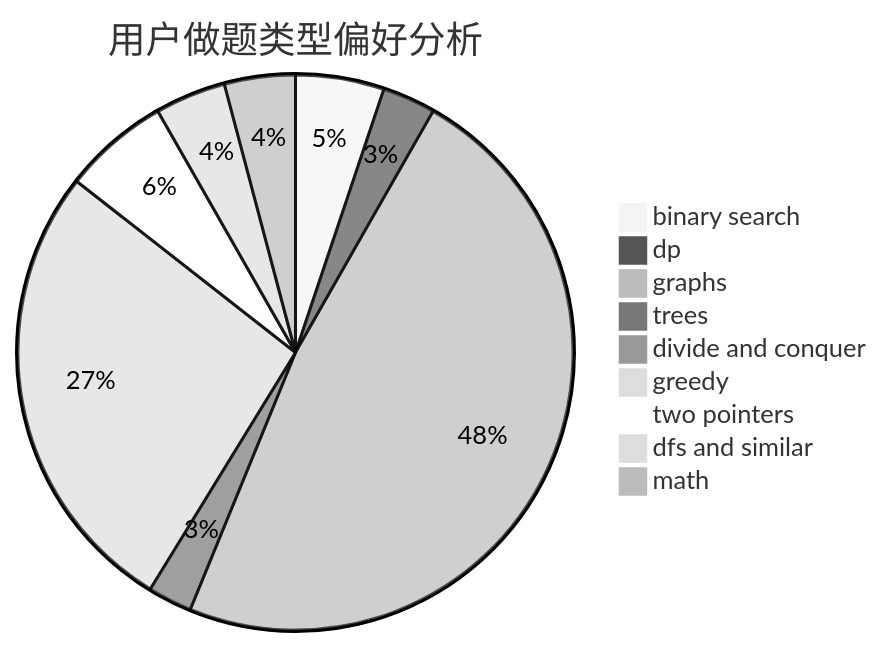
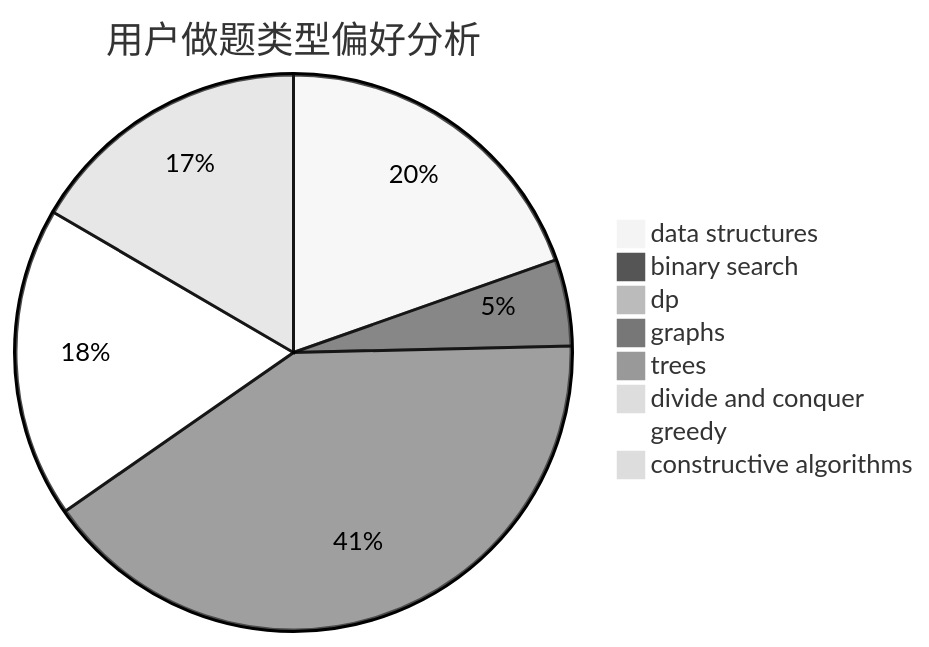
The second of 3 diagrams in docs/user/u1046.md (sherpahu/cfrs.github.io), drawn with Mermaid (neutral theme) before and after one commit. The commit also changed other lines of this file and 2775 other files, not shown here.

````diff
--- a/docs/user/u1046.md
+++ b/docs/user/u1046.md
@@ -23,12 +23,11 @@
 ```mermaid
 pie title 用户做题类型偏好分析
+    "data structures" :  39
     "binary search" :  10
-    "dp" :  6
-    "graphs" :  93
-    "trees" :  5
+    "dp" :  0
+    "graphs" :  81
+    "trees" :  0
     "divide and conquer" :  0
-    "greedy" :  52
-    "two pointers" :  12
-    "dfs and similar" :  8
-    "math" :  8
+    "greedy" :  36
+    "constructive algorithms" :  33
 ```
````
